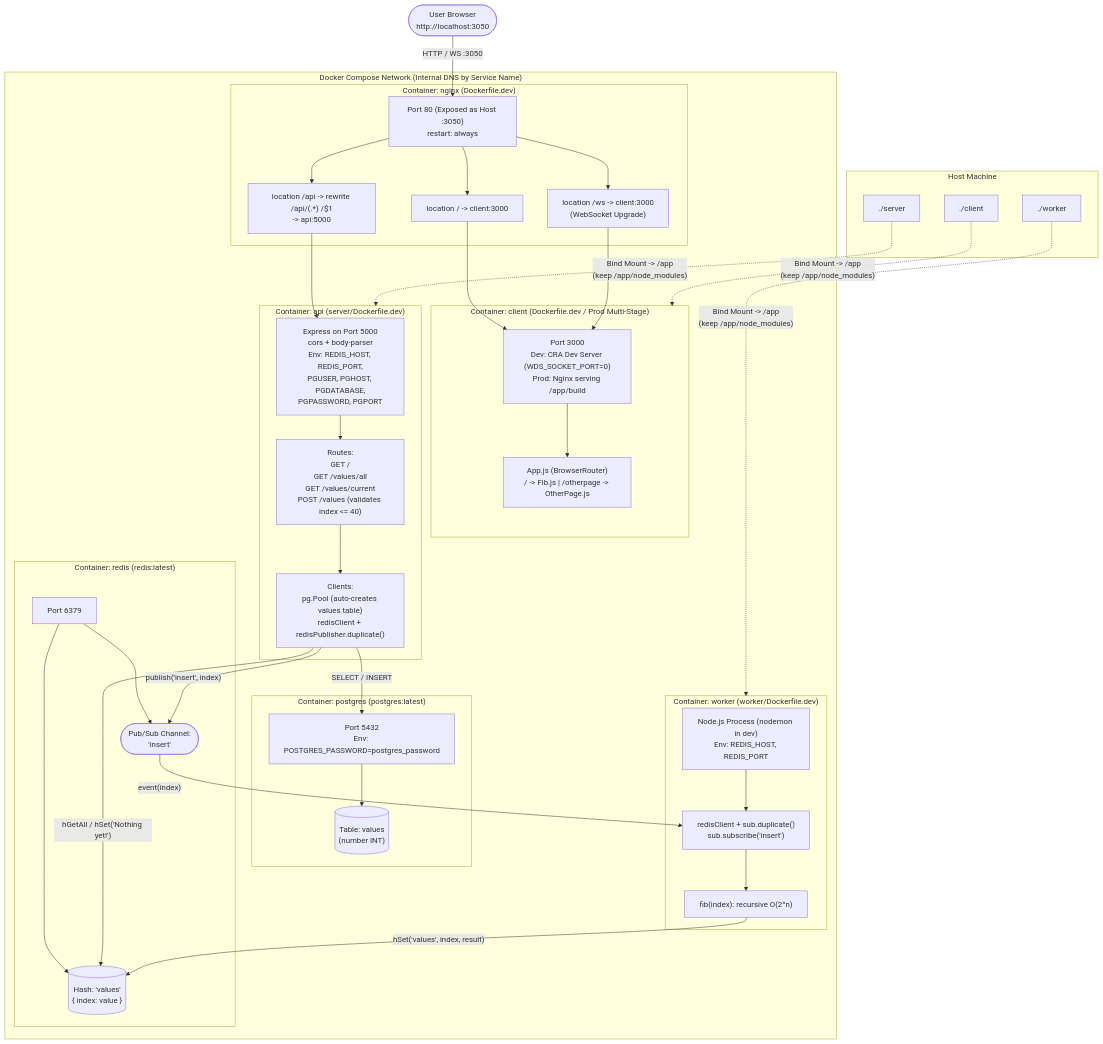
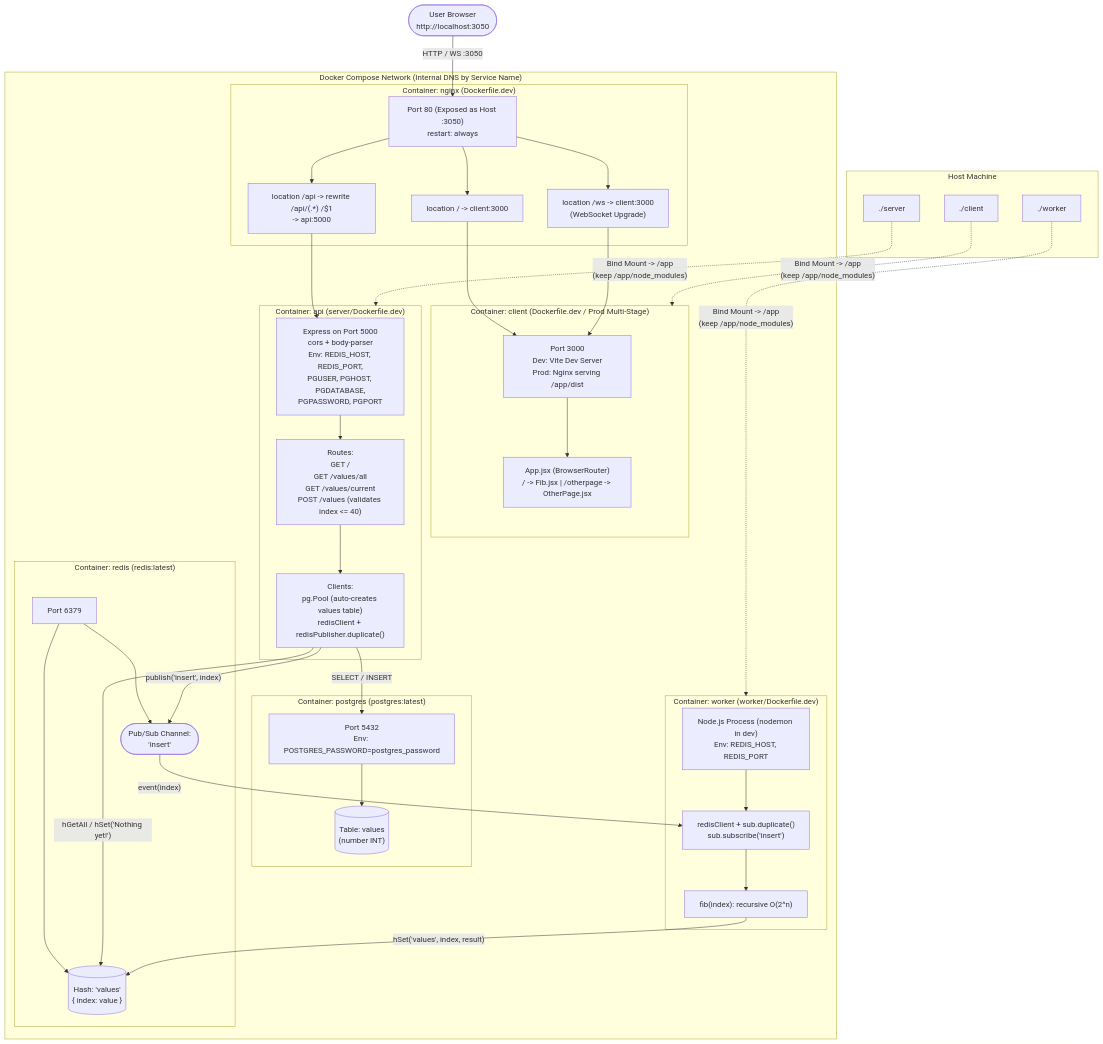
The tenth of 11 diagrams in multi-container-services/README.md (pankajspace/docker-k8s), drawn with Mermaid before and after one commit. The commit also changed other lines of this file and 21 other files, not shown here.

First line of the commit message:
Refactor client application to use Vite instead of Create React App

````diff
--- a/multi-container-services/README.md
+++ b/multi-container-services/README.md
@@ -250,72 +249,72 @@
 ```mermaid
 flowchart TB
     Browser(["User Browser\nhttp://localhost:3050"])
 
     subgraph Host["Host Machine"]
         SrcClient["./client"]
         SrcServer["./server"]
         SrcWorker["./worker"]
     end
 
     subgraph Net["Docker Compose Network (Internal DNS by Service Name)"]
         subgraph NginxBox["Container: nginx (Dockerfile.dev)"]
             N80["Port 80 (Exposed as Host :3050)\nrestart: always"]
             NRoot["location / -> client:3000"]
             NWS["location /ws -> client:3000\n(WebSocket Upgrade)"]
             NAPI["location /api -> rewrite /api/(.*) /$1\n-> api:5000"]
             N80 --> NRoot
             N80 --> NWS
             N80 --> NAPI
         end
 
         subgraph ClientBox["Container: client (Dockerfile.dev / Prod Multi-Stage)"]
-            C3000["Port 3000\nDev: CRA Dev Server (WDS_SOCKET_PORT=0)\nProd: Nginx serving /app/build"]
-            CRouter["App.js (BrowserRouter)\n/ -> Fib.js | /otherpage -> OtherPage.js"]
+            C3000["Port 3000\nDev: Vite Dev Server\nProd: Nginx serving /app/dist"]
+            CRouter["App.jsx (BrowserRouter)\n/ -> Fib.jsx | /otherpage -> OtherPage.jsx"]
             C3000 --> CRouter
         end
 
         subgraph APIBox["Container: api (server/Dockerfile.dev)"]
             A5000["Express on Port 5000\ncors + body-parser\nEnv: REDIS_HOST, REDIS_PORT,\nPGUSER, PGHOST, PGDATABASE,\nPGPASSWORD, PGPORT"]
             ARoutes["Routes:\nGET /\nGET /values/all\nGET /values/current\nPOST /values (validates index <= 40)"]
             AClients["Clients:\npg.Pool (auto-creates values table)\nredisClient + redisPublisher.duplicate()"]
             A5000 --> ARoutes --> AClients
         end
 
         subgraph WorkerBox["Container: worker (worker/Dockerfile.dev)"]
             WProc["Node.js Process (nodemon in dev)\nEnv: REDIS_HOST, REDIS_PORT"]
             WClients["redisClient + sub.duplicate()\nsub.subscribe('insert')"]
             WFib["fib(index): recursive O(2^n)"]
             WProc --> WClients --> WFib
         end
 
         subgraph PGBox["Container: postgres (postgres:latest)"]
             PGPort["Port 5432\nEnv: POSTGRES_PASSWORD=postgres_password"]
             PGTable[("Table: values\n(number INT)")]
             PGPort --> PGTable
         end
 
         subgraph RedisBox["Container: redis (redis:latest)"]
             RPort["Port 6379"]
             RHash[("Hash: 'values'\n{ index: value }")]
             RChan(["Pub/Sub Channel:\n'insert'"])
             RPort --> RHash
             RPort --> RChan
         end
     end
 
     Browser -->|"HTTP / WS :3050"| N80
     NRoot --> C3000
     NWS --> C3000
     NAPI --> A5000
 
     AClients -->|"SELECT / INSERT"| PGPort
     AClients -->|"hGetAll / hSet('Nothing yet!')"| RHash
     AClients -->|"publish('insert', index)"| RChan
 
     RChan -->|"event(index)"| WClients
     WFib -->|"hSet('values', index, result)"| RHash
 
     SrcClient -.->|"Bind Mount -> /app\n(keep /app/node_modules)"| ClientBox
     SrcServer -.->|"Bind Mount -> /app\n(keep /app/node_modules)"| APIBox
     SrcWorker -.->|"Bind Mount -> /app\n(keep /app/node_modules)"| WorkerBox
 ```
````
